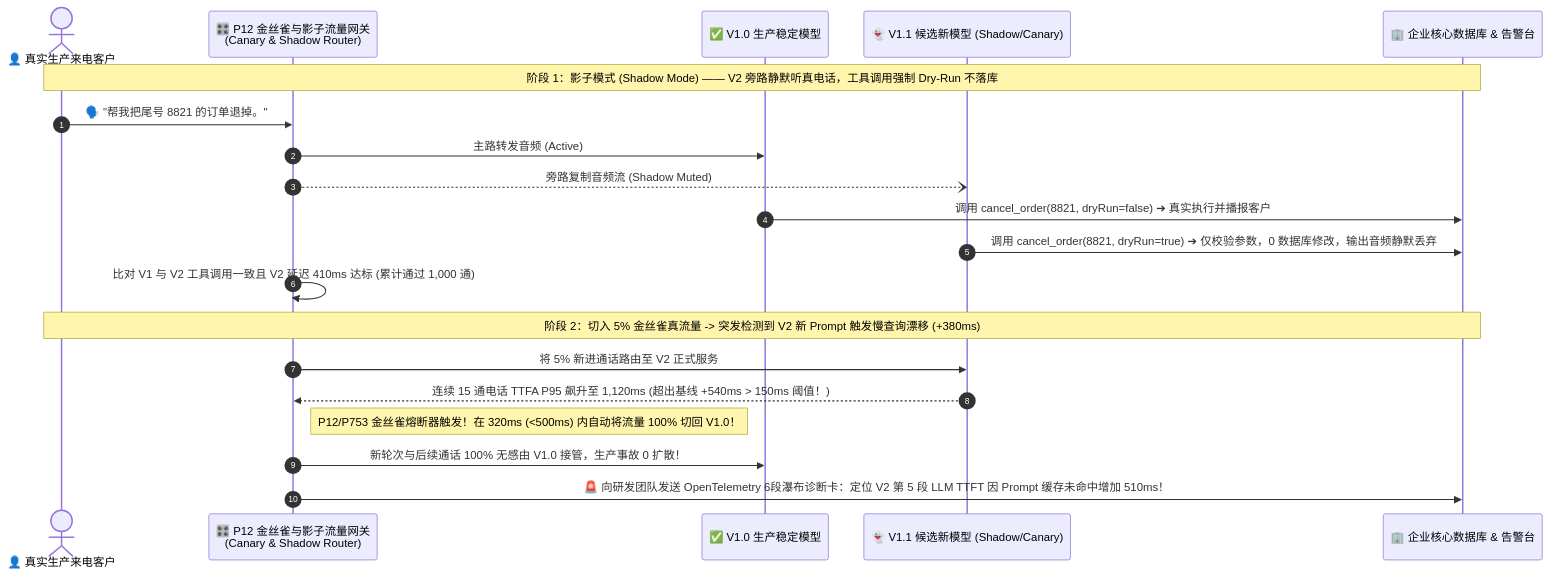
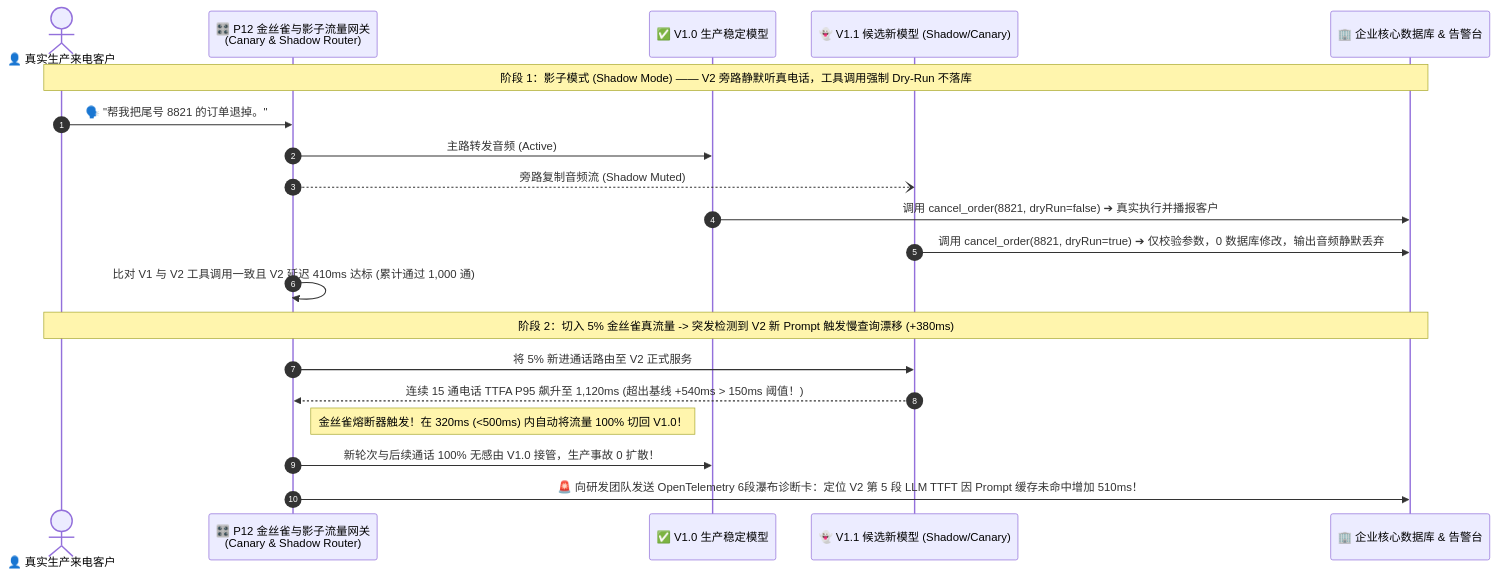
One commit to turbo998/voice-agent-lab changed the third of 3 diagrams in docs/enterprise-voice-agent-evaluation-observability-redteaming-selection-faq.md. Above: the diagram before and after it, drawn with Mermaid. The commit also changed other lines of this file and 715 other files, not shown here.

````diff
--- a/docs/enterprise-voice-agent-evaluation-observability-redteaming-selection-faq.md
+++ b/docs/enterprise-voice-agent-evaluation-observability-redteaming-selection-faq.md
@@ -136,24 +136,24 @@
 ```mermaid
 sequenceDiagram
-    autonumber
-    actor Caller as 👤 真实生产来电客户
-    participant Gateway as 🎛️ P12 金丝雀与影子流量网关<br/>(Canary & Shadow Router)
-    participant V1 as ✅ V1.0 生产稳定模型
-    participant V2 as 👻 V1.1 候选新模型 (Shadow/Canary)
-    participant ERP as 🏢 企业核心数据库 & 告警台
+ autonumber
+ actor Caller as 👤 真实生产来电客户
+ participant Gateway as 🎛️ P12 金丝雀与影子流量网关<br/>(Canary & Shadow Router)
+ participant V1 as ✅ V1.0 生产稳定模型
+ participant V2 as 👻 V1.1 候选新模型 (Shadow/Canary)
+ participant ERP as 🏢 企业核心数据库 & 告警台
 
-    Note over Caller,ERP: 阶段 1：影子模式 (Shadow Mode) —— V2 旁路静默听真电话，工具调用强制 Dry-Run 不落库
-    Caller->>Gateway: 🗣️ "帮我把尾号 8821 的订单退掉。"
-    Gateway->>V1: 主路转发音频 (Active)
-    Gateway--)V2: 旁路复制音频流 (Shadow Muted)
-    V1->>ERP: 调用 cancel_order(8821, dryRun=false) ➔ 真实执行并播报客户
-    V2->>ERP: 调用 cancel_order(8821, dryRun=true) ➔ 仅校验参数，0 数据库修改，输出音频静默丢弃
-    Gateway->>Gateway: 比对 V1 与 V2 工具调用一致且 V2 延迟 410ms 达标 (累计通过 1,000 通)
+ Note over Caller,ERP: 阶段 1：影子模式 (Shadow Mode) —— V2 旁路静默听真电话，工具调用强制 Dry-Run 不落库
+ Caller->>Gateway: 🗣️ "帮我把尾号 8821 的订单退掉。"
+ Gateway->>V1: 主路转发音频 (Active)
+ Gateway--)V2: 旁路复制音频流 (Shadow Muted)
+ V1->>ERP: 调用 cancel_order(8821, dryRun=false) ➔ 真实执行并播报客户
+ V2->>ERP: 调用 cancel_order(8821, dryRun=true) ➔ 仅校验参数，0 数据库修改，输出音频静默丢弃
+ Gateway->>Gateway: 比对 V1 与 V2 工具调用一致且 V2 延迟 410ms 达标 (累计通过 1,000 通)
 
-    Note over Caller,ERP: 阶段 2：切入 5% 金丝雀真流量 -> 突发检测到 V2 新 Prompt 触发慢查询漂移 (+380ms)
-    Gateway->>V2: 将 5% 新进通话路由至 V2 正式服务
-    V2-->>Gateway: 连续 15 通电话 TTFA P95 飙升至 1,120ms (超出基线 +540ms > 150ms 阈值！)
-    Note right of Gateway: P12/P753 金丝雀熔断器触发！在 320ms (<500ms) 内自动将流量 100% 切回 V1.0！
-    Gateway->>V1: 新轮次与后续通话 100% 无感由 V1.0 接管，生产事故 0 扩散！
-    Gateway->>ERP: 🚨 向研发团队发送 OpenTelemetry 6段瀑布诊断卡：定位 V2 第 5 段 LLM TTFT 因 Prompt 缓存未命中增加 510ms！
+ Note over Caller,ERP: 阶段 2：切入 5% 金丝雀真流量 -> 突发检测到 V2 新 Prompt 触发慢查询漂移 (+380ms)
+ Gateway->>V2: 将 5% 新进通话路由至 V2 正式服务
+ V2-->>Gateway: 连续 15 通电话 TTFA P95 飙升至 1,120ms (超出基线 +540ms > 150ms 阈值！)
+ Note right of Gateway: 金丝雀熔断器触发！在 320ms (<500ms) 内自动将流量 100% 切回 V1.0！
+ Gateway->>V1: 新轮次与后续通话 100% 无感由 V1.0 接管，生产事故 0 扩散！
+ Gateway->>ERP: 🚨 向研发团队发送 OpenTelemetry 6段瀑布诊断卡：定位 V2 第 5 段 LLM TTFT 因 Prompt 缓存未命中增加 510ms！
 ```
````
